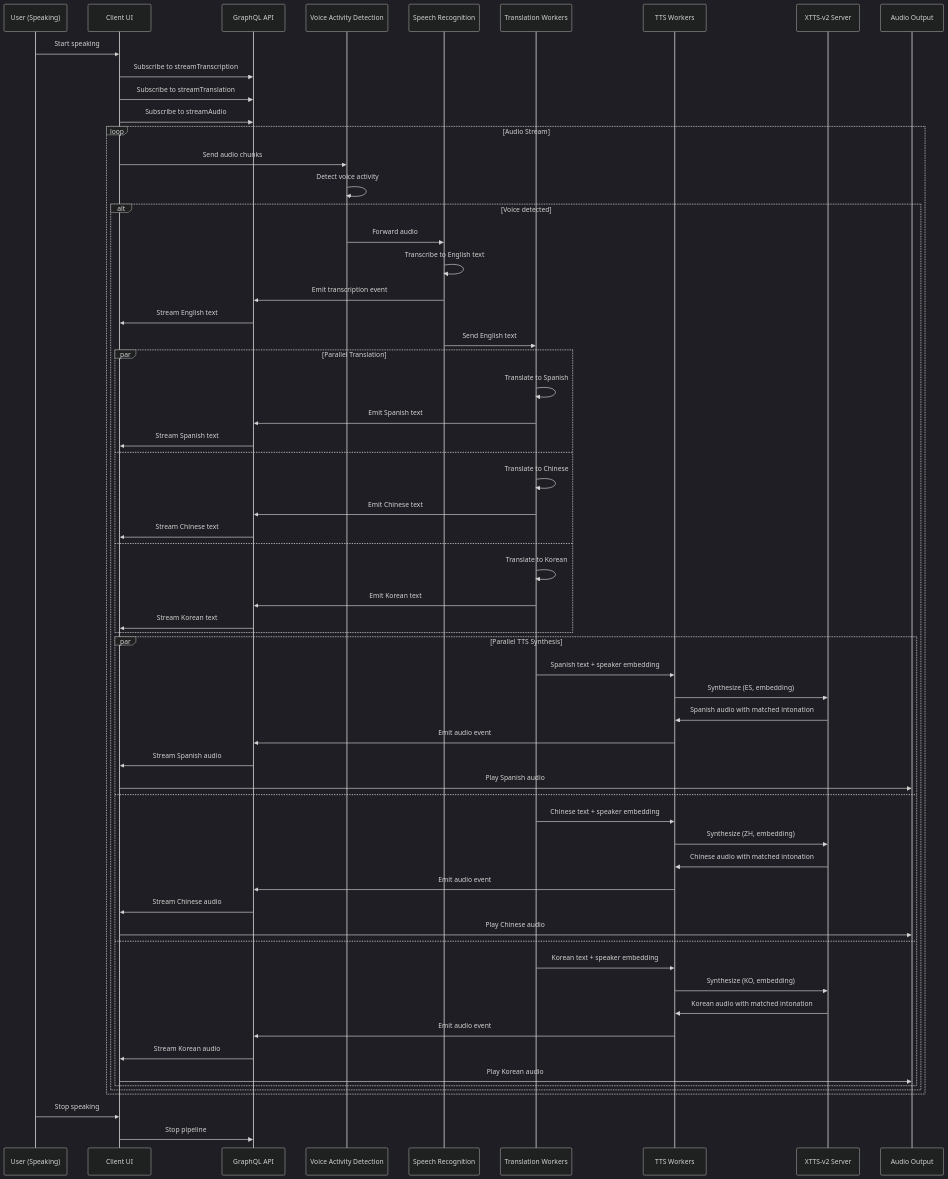
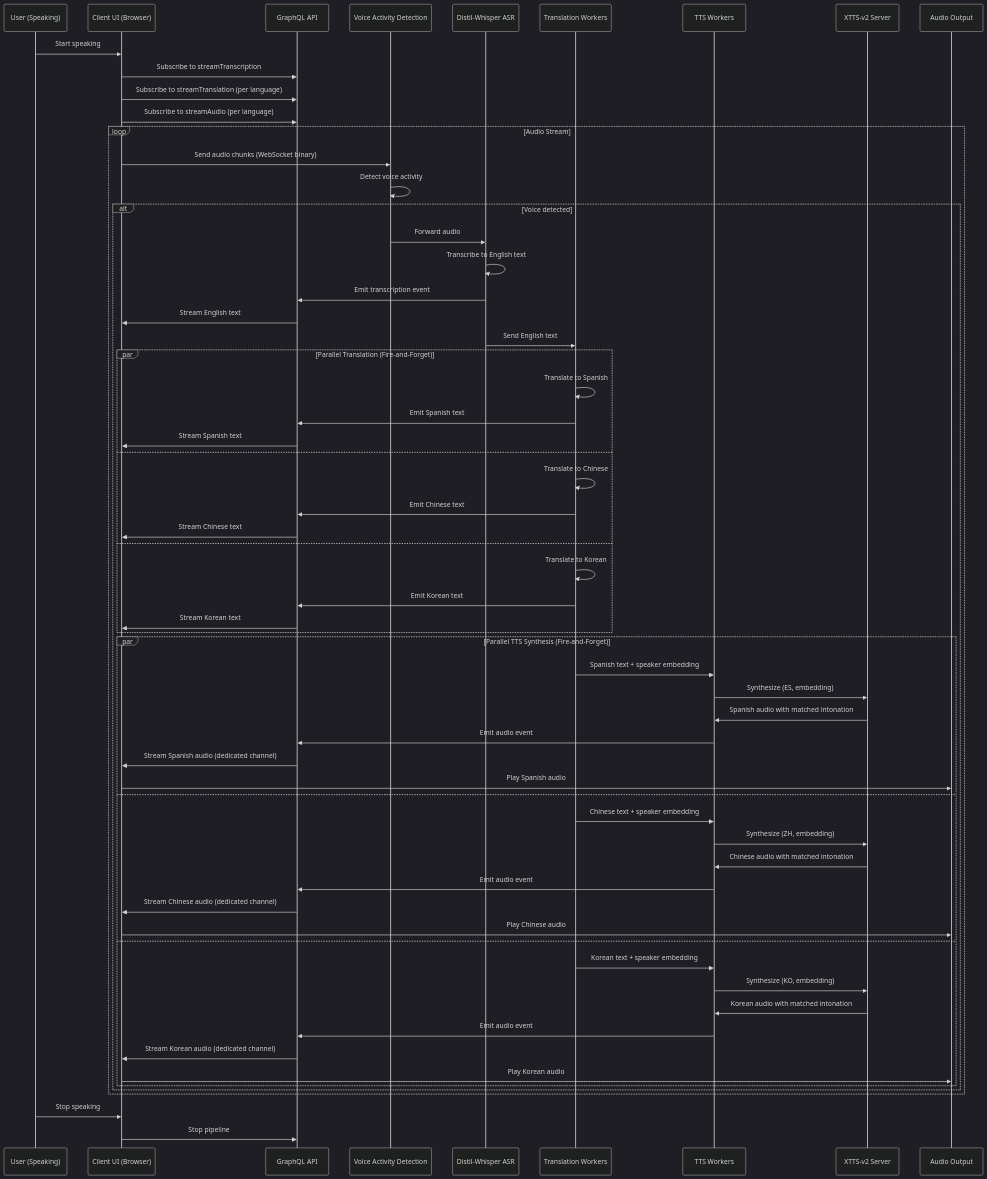
One commit to naturally-translate/voice-bridge changed the second of 17 diagrams in plans/project-plan.md. Above: the diagram before and after it, drawn with Mermaid (dark theme). The commit also changed other lines of this file, not shown here.

````diff
--- a/plans/project-plan.md
+++ b/plans/project-plan.md
@@ -148,71 +152,71 @@
 ```mermaid
 sequenceDiagram
     participant U as User (Speaking)
-    participant UI as Client UI
+    participant UI as Client UI (Browser)
     participant API as GraphQL API
     participant VAD as Voice Activity Detection
-    participant ASR as Speech Recognition
+    participant ASR as Distil-Whisper ASR
     participant T as Translation Workers
     participant TTS as TTS Workers
     participant XTTS as XTTS-v2 Server
     participant Audio as Audio Output
 
     U->>UI: Start speaking
     UI->>API: Subscribe to streamTranscription
-    UI->>API: Subscribe to streamTranslation
-    UI->>API: Subscribe to streamAudio
+    UI->>API: Subscribe to streamTranslation (per language)
+    UI->>API: Subscribe to streamAudio (per language)
 
     loop Audio Stream
-        UI->>VAD: Send audio chunks
+        UI->>VAD: Send audio chunks (WebSocket binary)
         VAD->>VAD: Detect voice activity
 
         alt Voice detected
             VAD->>ASR: Forward audio
             ASR->>ASR: Transcribe to English text
             ASR->>API: Emit transcription event
             API->>UI: Stream English text
 
             ASR->>T: Send English text
 
-            par Parallel Translation
+            par Parallel Translation (Fire-and-Forget)
                 T->>T: Translate to Spanish
                 T->>API: Emit Spanish text
                 API->>UI: Stream Spanish text
             and
                 T->>T: Translate to Chinese
                 T->>API: Emit Chinese text
                 API->>UI: Stream Chinese text
             and
                 T->>T: Translate to Korean
                 T->>API: Emit Korean text
                 API->>UI: Stream Korean text
             end
 
-            par Parallel TTS Synthesis
+            par Parallel TTS Synthesis (Fire-and-Forget)
                 T->>TTS: Spanish text + speaker embedding
                 TTS->>XTTS: Synthesize (ES, embedding)
                 XTTS->>TTS: Spanish audio with matched intonation
                 TTS->>API: Emit audio event
-                API->>UI: Stream Spanish audio
+                API->>UI: Stream Spanish audio (dedicated channel)
                 UI->>Audio: Play Spanish audio
             and
                 T->>TTS: Chinese text + speaker embedding
                 TTS->>XTTS: Synthesize (ZH, embedding)
                 XTTS->>TTS: Chinese audio with matched intonation
                 TTS->>API: Emit audio event
-                API->>UI: Stream Chinese audio
+                API->>UI: Stream Chinese audio (dedicated channel)
                 UI->>Audio: Play Chinese audio
             and
                 T->>TTS: Korean text + speaker embedding
                 TTS->>XTTS: Synthesize (KO, embedding)
                 XTTS->>TTS: Korean audio with matched intonation
                 TTS->>API: Emit audio event
-                API->>UI: Stream Korean audio
+                API->>UI: Stream Korean audio (dedicated channel)
                 UI->>Audio: Play Korean audio
             end
         end
     end
 
     U->>UI: Stop speaking
     UI->>API: Stop pipeline
 ```
````
